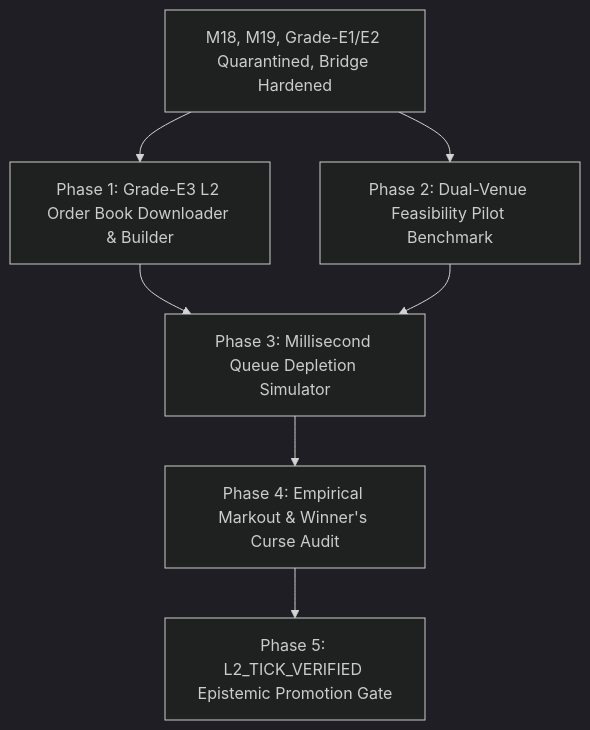
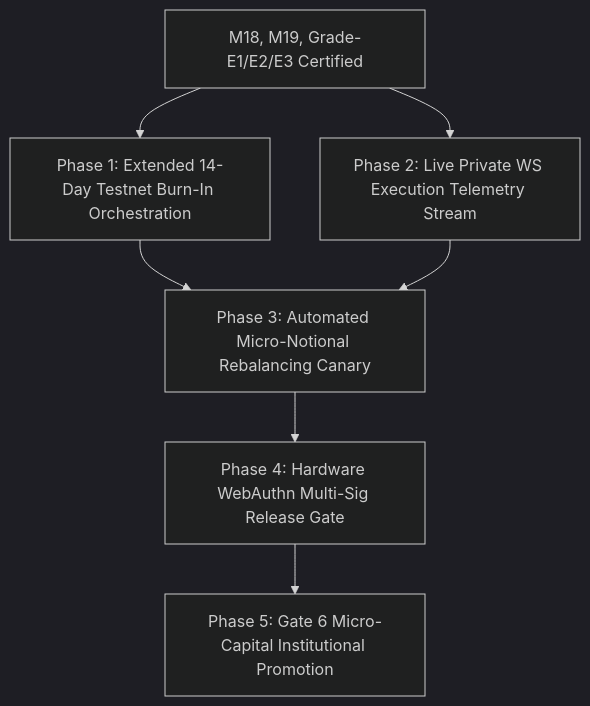
One commit to cloudshome/CBT changed the diagram in Users/azims/CBT/docs/NEXT_SESSION_PLAN.md. Above: the diagram before and after it, drawn with Mermaid (dark theme). The commit also changed other lines of this file and 15 other files, not shown here.

Commit message:
feat(grade-e3): complete high-frequency L2 empirical engine and institutional verdict (35 passing tests)

````diff
--- a/Users/azims/CBT/docs/NEXT_SESSION_PLAN.md
+++ b/Users/azims/CBT/docs/NEXT_SESSION_PLAN.md
@@ -63,9 +58,9 @@
 ```mermaid
 flowchart TD
-    A[M18, M19, Grade-E1/E2 Quarantined, Bridge Hardened] --> B[Phase 1: Grade-E3 L2 Order Book Downloader & Builder]
-    A --> C[Phase 2: Dual-Venue Feasibility Pilot Benchmark]
-    B --> D[Phase 3: Millisecond Queue Depletion Simulator]
+    A[M18, M19, Grade-E1/E2/E3 Certified] --> B[Phase 1: Extended 14-Day Testnet Burn-In Orchestration]
+    A --> C[Phase 2: Live Private WS Execution Telemetry Stream]
+    B --> D[Phase 3: Automated Micro-Notional Rebalancing Canary]
     C --> D
-    D --> E[Phase 4: Empirical Markout & Winner's Curse Audit]
-    E --> F[Phase 5: L2_TICK_VERIFIED Epistemic Promotion Gate]
+    D --> E[Phase 4: Hardware WebAuthn Multi-Sig Release Gate]
+    E --> F[Phase 5: Gate 6 Micro-Capital Institutional Promotion]
 ```
````
